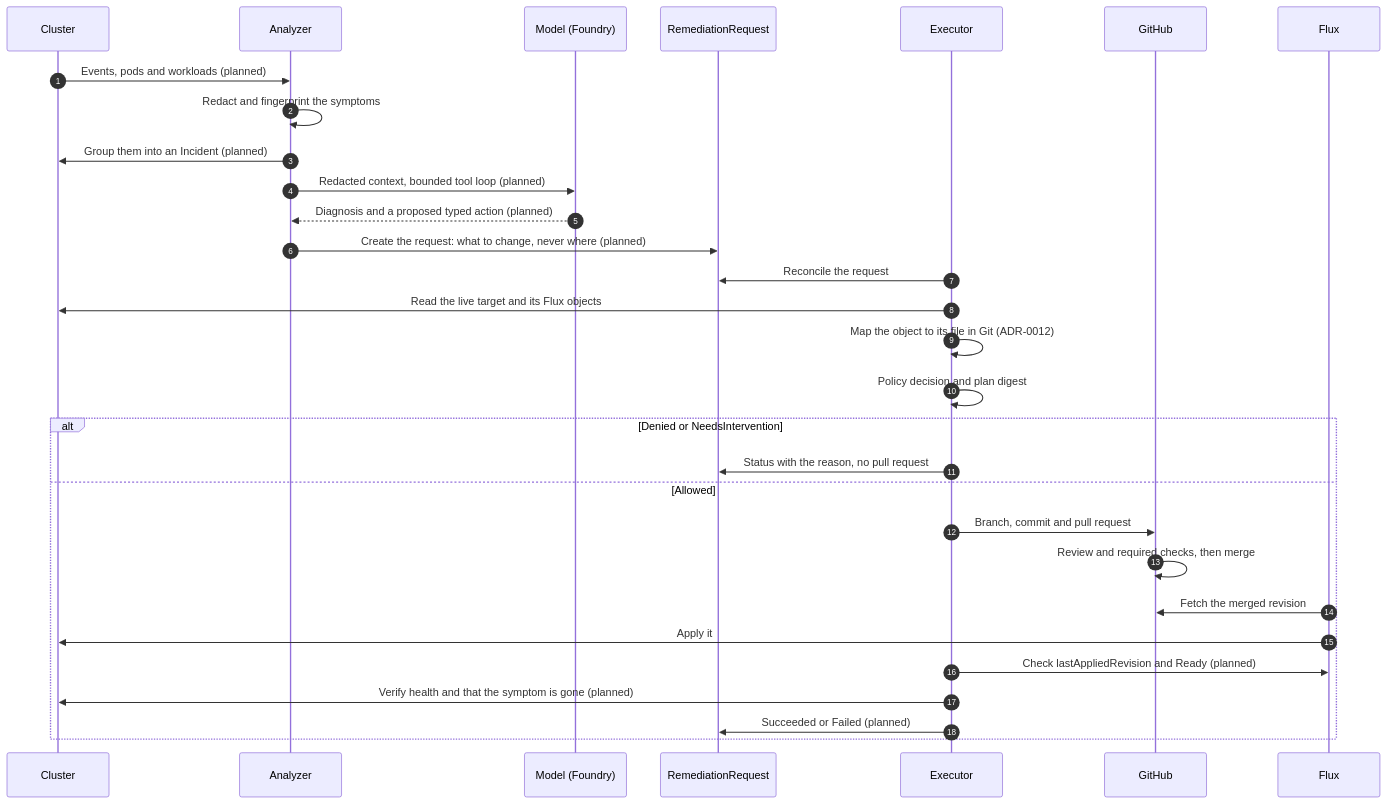
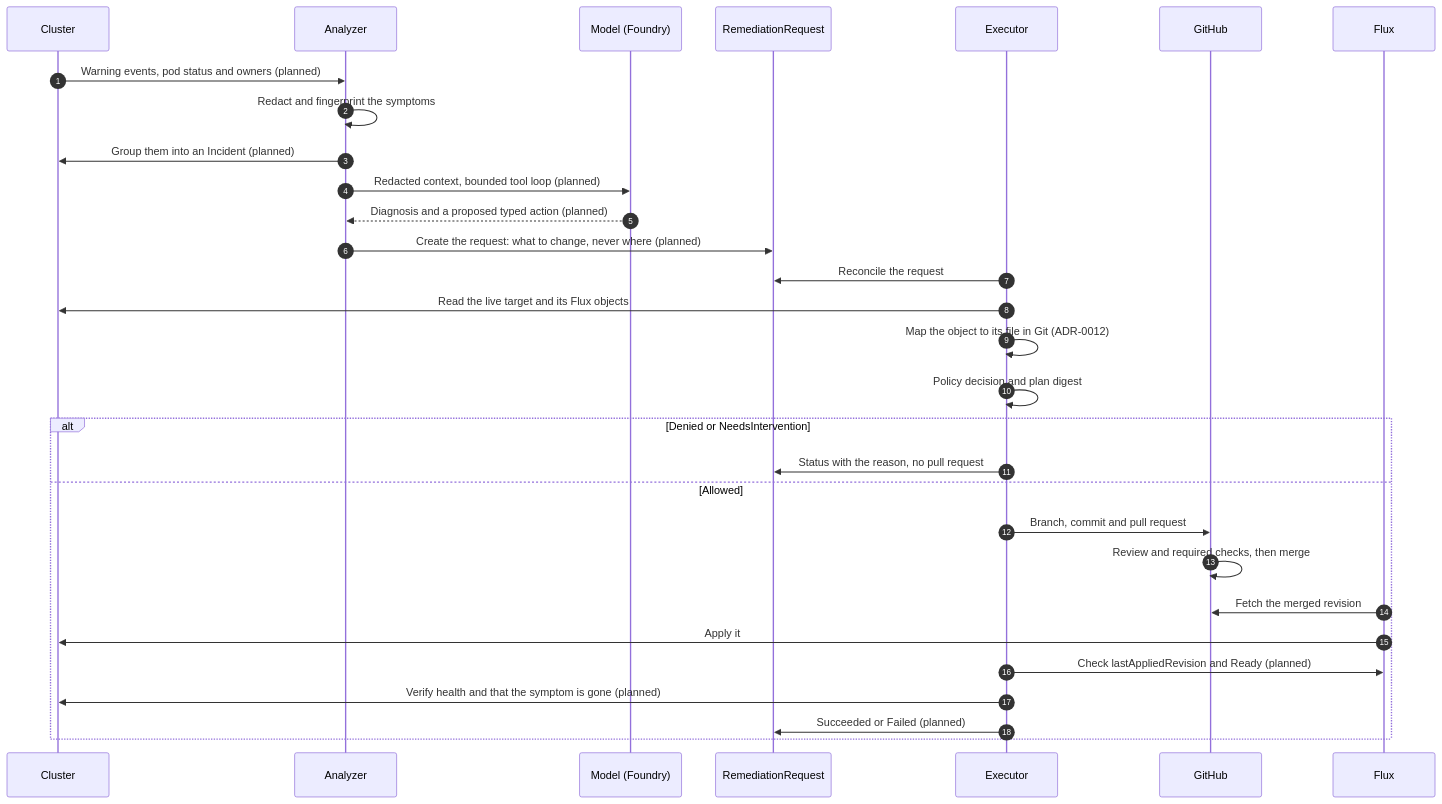
One commit to pkalin/shadewright changed the first of 5 diagrams in docs/design.md. Above: the diagram before and after it, drawn with Mermaid. The commit also changed other lines of this file and 20 other files, not shown here.

````diff
--- a/docs/design.md
+++ b/docs/design.md
@@ -41,32 +41,32 @@
 ```mermaid
 sequenceDiagram
     autonumber
     participant K as Cluster
     participant A as Analyzer
     participant M as Model (Foundry)
     participant R as RemediationRequest
     participant E as Executor
     participant G as GitHub
     participant F as Flux
-    K->>A: Events, pods and workloads (planned)
+    K->>A: Warning events, pod status and owners (planned)
     A->>A: Redact and fingerprint the symptoms
     A->>K: Group them into an Incident (planned)
     A->>M: Redacted context, bounded tool loop (planned)
     M-->>A: Diagnosis and a proposed typed action (planned)
     A->>R: Create the request: what to change, never where (planned)
     E->>R: Reconcile the request
     E->>K: Read the live target and its Flux objects
     E->>E: Map the object to its file in Git (ADR-0012)
     E->>E: Policy decision and plan digest
     alt Denied or NeedsIntervention
         E->>R: Status with the reason, no pull request
     else Allowed
         E->>G: Branch, commit and pull request
         G->>G: Review and required checks, then merge
         F->>G: Fetch the merged revision
         F->>K: Apply it
         E->>F: Check lastAppliedRevision and Ready (planned)
         E->>K: Verify health and that the symptom is gone (planned)
         E->>R: Succeeded or Failed (planned)
     end
 ```
````
